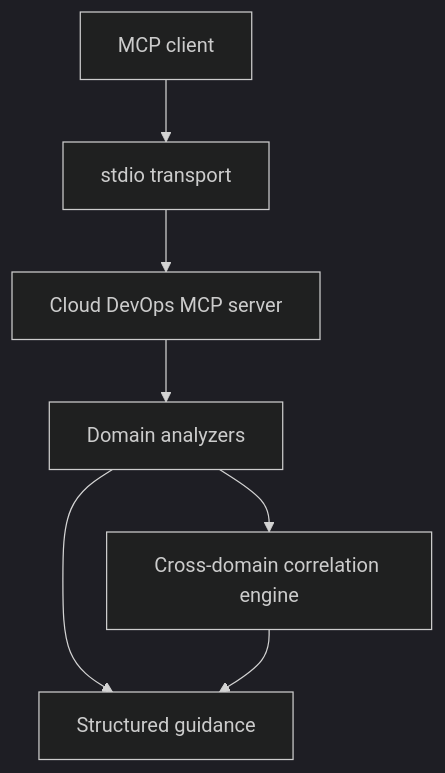
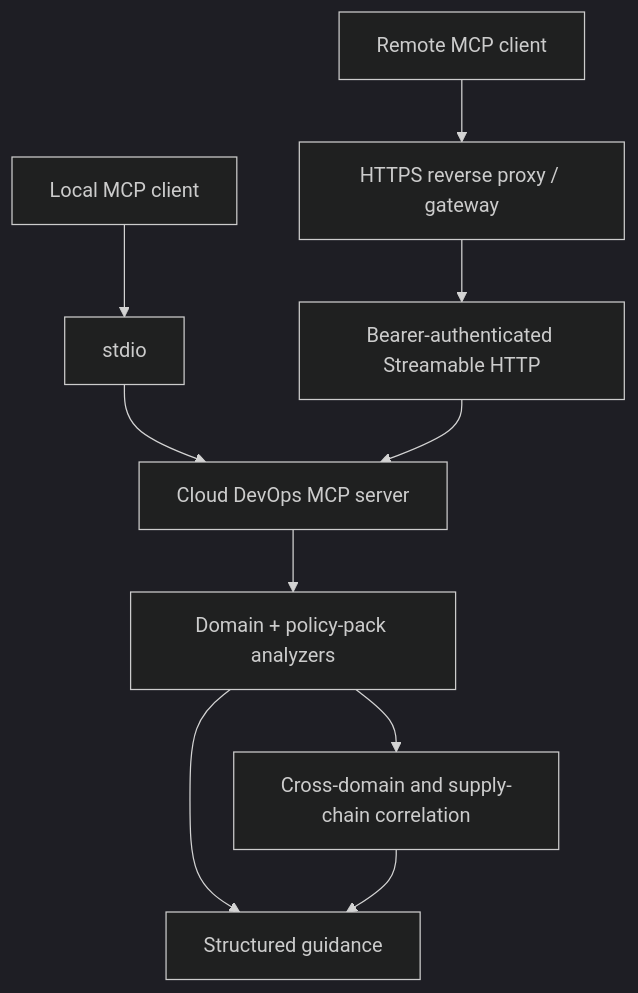
Before and after one commit to alexcgodwin/cloud-devops-mcp-server: the diagram in README.md, drawn with Mermaid (dark theme). The commit also changed other lines of this file and 23 other files, not shown here.

Commit message:
Add multi-cloud security intelligence and authenticated HTTP (#9)

````diff
--- a/README.md
+++ b/README.md
@@ -59,9 +68,12 @@
 ```mermaid
 flowchart TD
-  Client["MCP client"] --> Transport["stdio transport"]
-  Transport --> Server["Cloud DevOps MCP server"]
-  Server --> DomainTools["Domain analyzers"]
-  DomainTools --> Correlator["Cross-domain correlation engine"]
+  LocalClient["Local MCP client"] --> Stdio["stdio"]
+  RemoteClient["Remote MCP client"] --> HTTPS["HTTPS reverse proxy / gateway"]
+  HTTPS --> AuthHTTP["Bearer-authenticated Streamable HTTP"]
+  Stdio --> Server["Cloud DevOps MCP server"]
+  AuthHTTP --> Server
+  Server --> DomainTools["Domain + policy-pack analyzers"]
+  DomainTools --> Correlator["Cross-domain and supply-chain correlation"]
   DomainTools --> Output["Structured guidance"]
   Correlator --> Output
 ```
````
